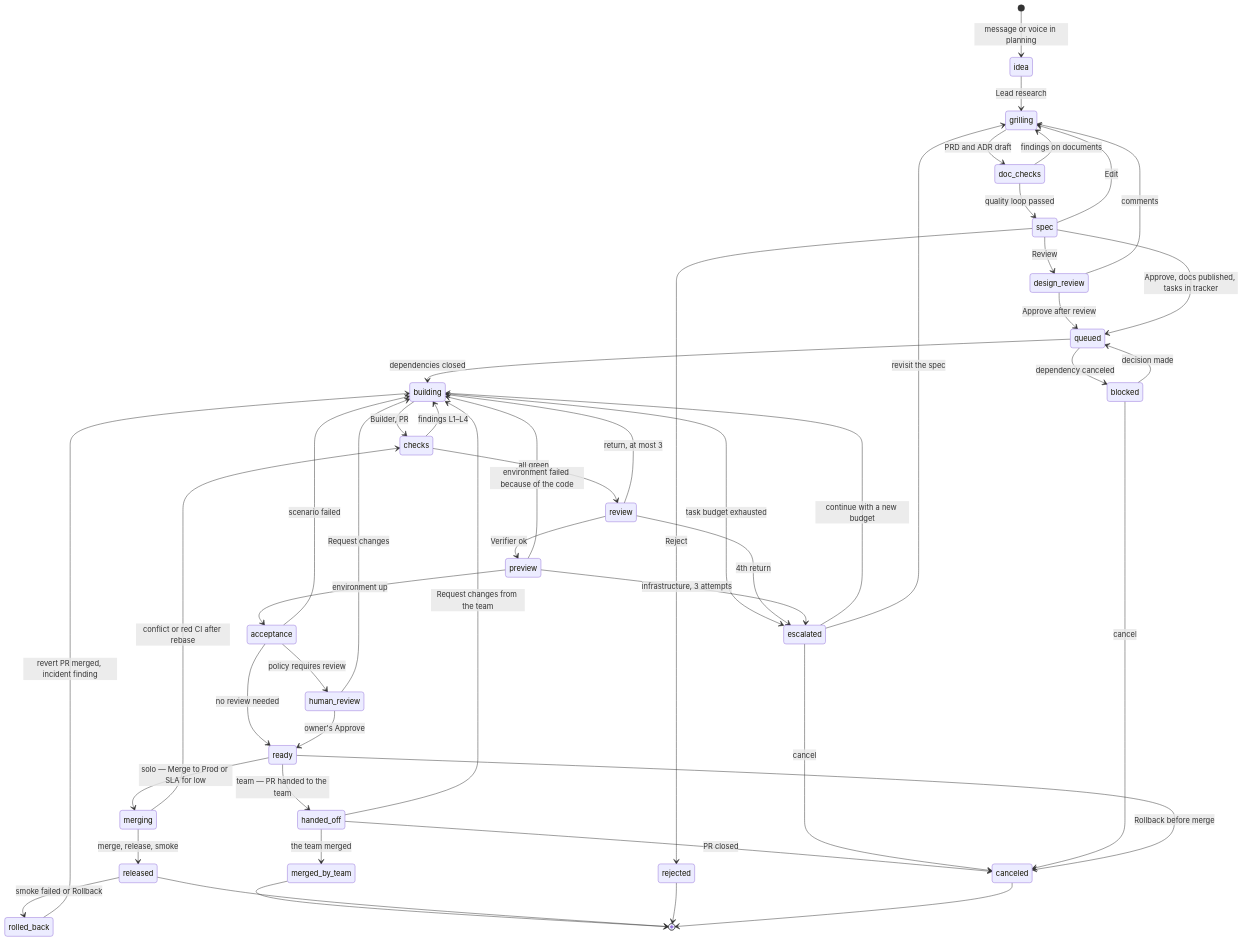
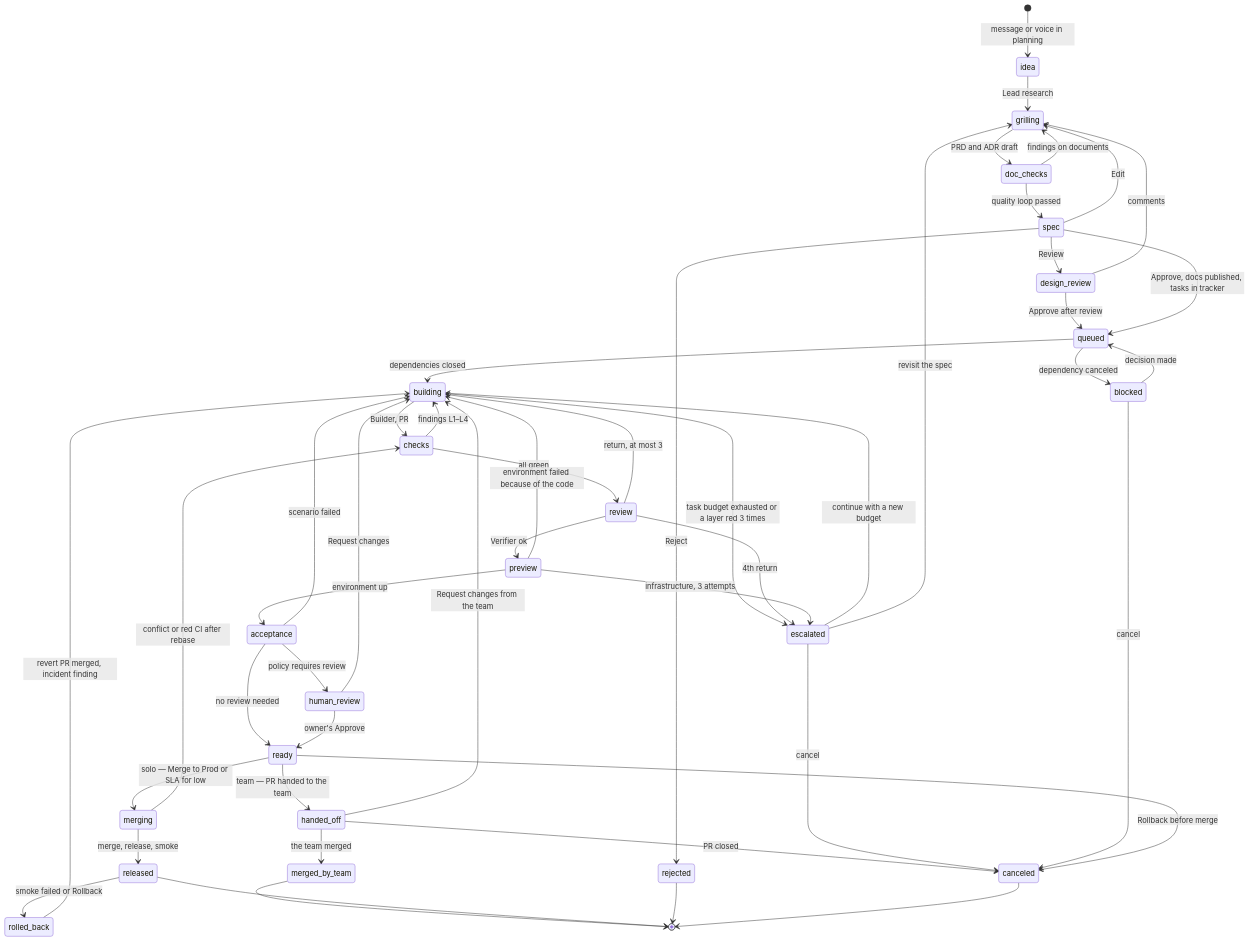
Before and after one commit to IlyaChakun/nightshift: the second of 5 diagrams in docs/design.md, drawn with Mermaid. The commit also changed other lines of this file and 4 other files, not shown here.

````diff
--- a/docs/design.md
+++ b/docs/design.md
@@ -381,50 +381,50 @@
 ```mermaid
 stateDiagram-v2
   [*] --> idea: message or voice in planning
   idea --> grilling: Lead research
   grilling --> doc_checks: PRD and ADR draft
   doc_checks --> grilling: findings on documents
   doc_checks --> spec: quality loop passed
   spec --> grilling: Edit
   spec --> design_review: Review
   design_review --> grilling: comments
   design_review --> queued: Approve after review
   spec --> rejected: Reject
   spec --> queued: Approve, docs published, tasks in tracker
   queued --> building: dependencies closed
   queued --> blocked: dependency canceled
   building --> checks: Builder, PR
   checks --> building: findings L1–L4
   checks --> review: all green
   review --> building: return, at most 3
   review --> preview: Verifier ok
   preview --> acceptance: environment up
   preview --> building: environment failed because of the code
   acceptance --> building: scenario failed
   acceptance --> human_review: policy requires review
   acceptance --> ready: no review needed
   human_review --> building: Request changes
   human_review --> ready: owner's Approve
   ready --> merging: solo — Merge to Prod or SLA for low
   ready --> handed_off: team — PR handed to the team
   handed_off --> merged_by_team: the team merged
   handed_off --> building: Request changes from the team
   handed_off --> canceled: PR closed
   merged_by_team --> [*]
   merging --> checks: conflict or red CI after rebase
   merging --> released: merge, release, smoke
   released --> rolled_back: smoke failed or Rollback
   rolled_back --> building: revert PR merged, incident finding
   released --> [*]
-  building --> escalated: task budget exhausted
+  building --> escalated: task budget exhausted or a layer red 3 times
   review --> escalated: 4th return
   preview --> escalated: infrastructure, 3 attempts
   escalated --> building: continue with a new budget
   escalated --> grilling: revisit the spec
   escalated --> canceled: cancel
   blocked --> queued: decision made
   blocked --> canceled: cancel
   ready --> canceled: Rollback before merge
   rejected --> [*]
   canceled --> [*]
 ```
````
